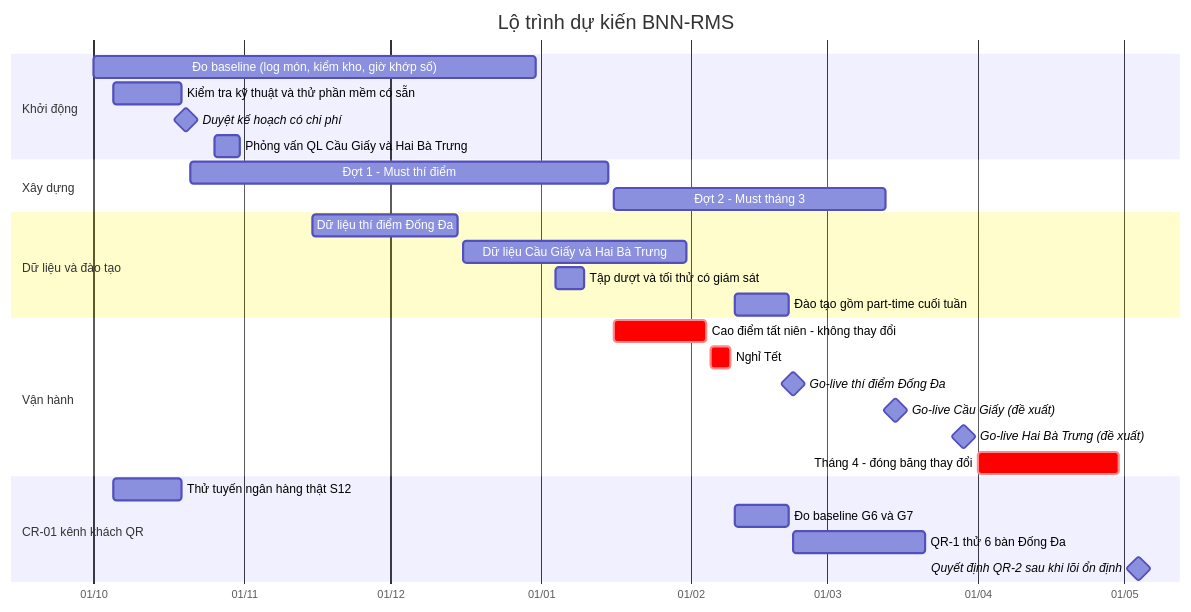
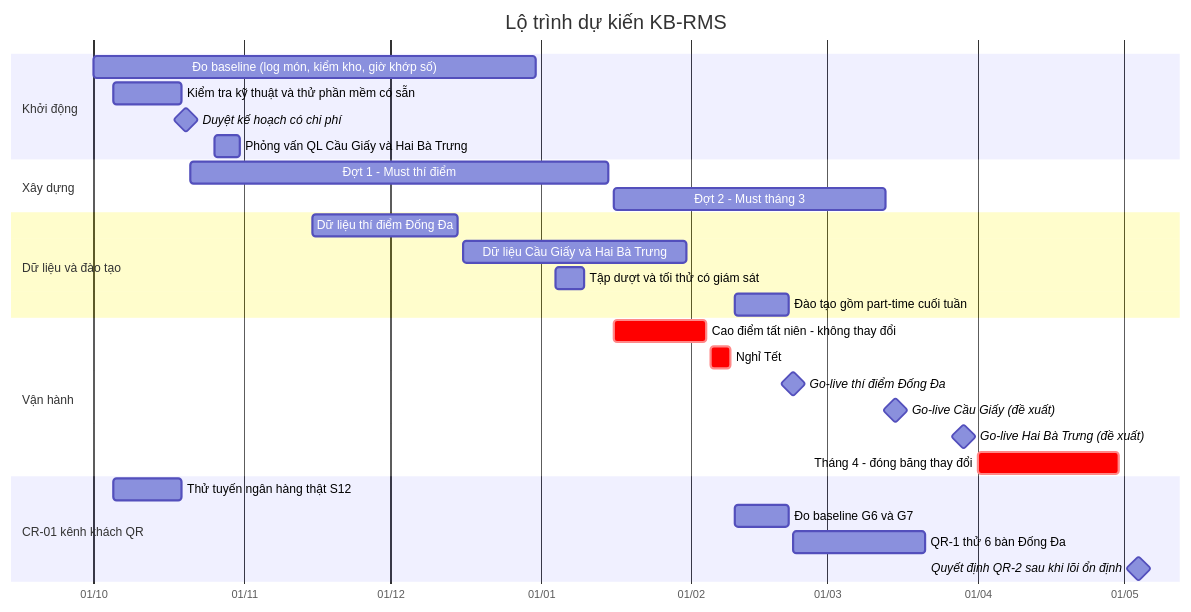
Before and after one commit to Anpham120/restaurant-management-system: the second of 2 diagrams in docs/02-phan-tich-nghiep-vu/01-tong-quan-du-an.md, drawn with Mermaid. The commit also changed other lines of this file and 24 other files, not shown here.

````diff
--- a/docs/02-phan-tich-nghiep-vu/01-tong-quan-du-an.md
+++ b/docs/02-phan-tich-nghiep-vu/01-tong-quan-du-an.md
@@ -236,31 +236,31 @@
 ```mermaid
 gantt
-    title Lộ trình dự kiến BNN-RMS
+    title Lộ trình dự kiến KB-RMS
     dateFormat YYYY-MM-DD
     axisFormat %d/%m
     section Khởi động
     Đo baseline (log món, kiểm kho, giờ khớp số) :b1, 2026-10-01, 2026-12-31
     Kiểm tra kỹ thuật và thử phần mềm có sẵn :t1, 2026-10-05, 14d
     Duyệt kế hoạch có chi phí :milestone, m1, 2026-10-20, 0d
     Phỏng vấn QL Cầu Giấy và Hai Bà Trưng :i1, 2026-10-26, 5d
     section Xây dựng
     Đợt 1 - Must thí điểm :d1, 2026-10-21, 2027-01-15
     Đợt 2 - Must tháng 3 :d2, 2027-01-16, 2027-03-13
     section Dữ liệu và đào tạo
     Dữ liệu thí điểm Đống Đa :dt1, 2026-11-15, 2026-12-15
     Dữ liệu Cầu Giấy và Hai Bà Trưng :dt2, 2026-12-16, 2027-01-31
     Tập dượt và tối thử có giám sát :tr1, 2027-01-04, 2027-01-10
     Đào tạo gồm part-time cuối tuần :tr2, 2027-02-10, 2027-02-21
     section Vận hành
     Cao điểm tất niên - không thay đổi :crit, p1, 2027-01-16, 2027-02-04
     Nghỉ Tết :crit, p2, 2027-02-05, 2027-02-09
     Go-live thí điểm Đống Đa :milestone, m2, 2027-02-22, 0d
     Go-live Cầu Giấy (đề xuất) :milestone, m3, 2027-03-15, 0d
     Go-live Hai Bà Trưng (đề xuất) :milestone, m4, 2027-03-29, 0d
     Tháng 4 - đóng băng thay đổi :crit, p3, 2027-04-01, 2027-04-30
     section CR-01 kênh khách QR
     Thử tuyến ngân hàng thật S12 :q0, 2026-10-05, 14d
     Đo baseline G6 và G7 :q1, 2027-02-10, 2027-02-21
     QR-1 thử 6 bàn Đống Đa :q2, 2027-02-22, 2027-03-21
     Quyết định QR-2 sau khi lõi ổn định :milestone, q3, 2027-05-04, 0d
 ```
````
